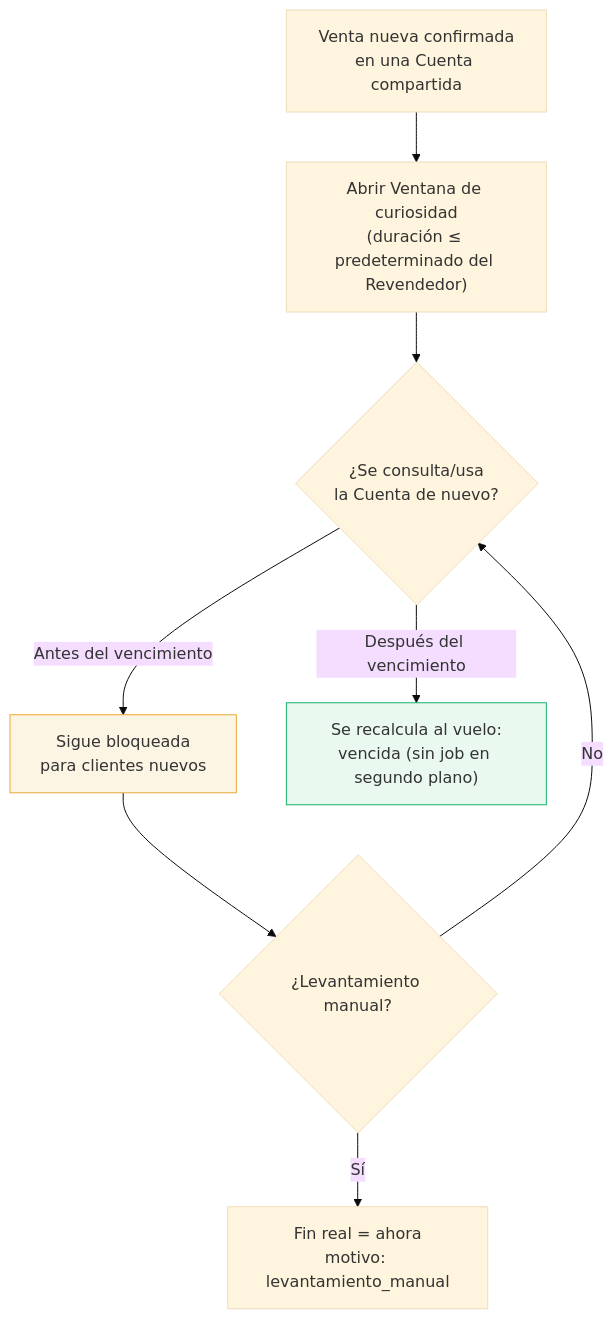
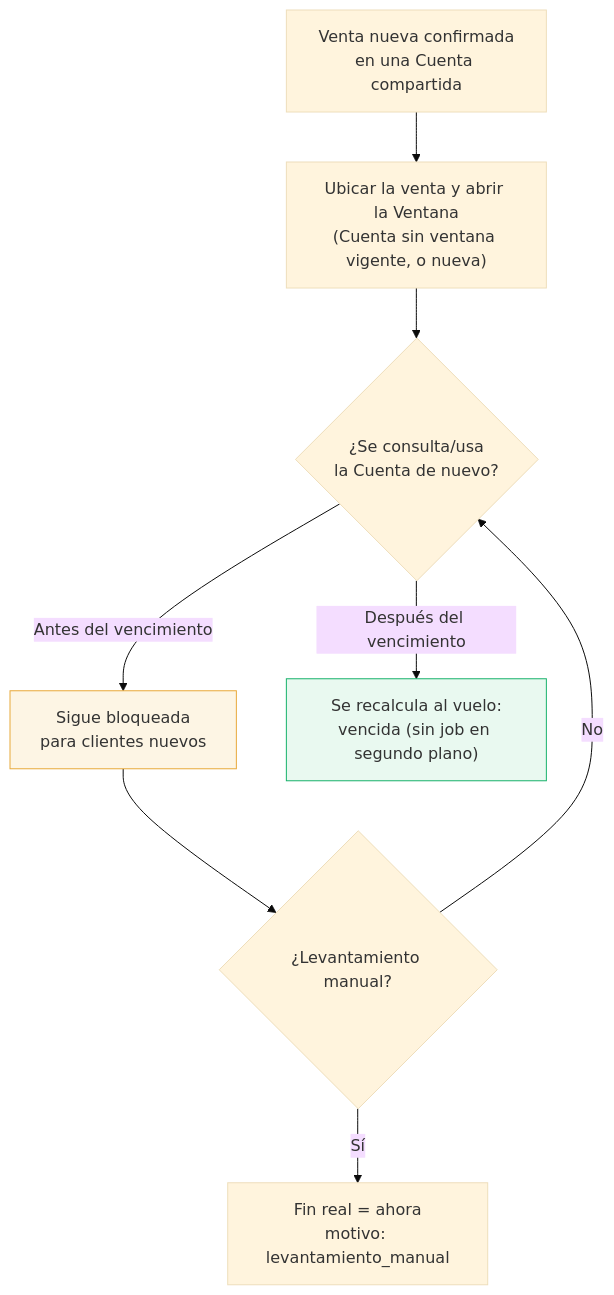
Before and after one commit to Leonel-18/iptvcontrol: the diagram in vault/10 - Negocio/Ventana de curiosidad.md, drawn with Mermaid (base theme). The commit also changed other lines of this file and 12 other files, not shown here.

````diff
--- a/vault/10 - Negocio/Ventana de curiosidad.md
+++ b/vault/10 - Negocio/Ventana de curiosidad.md
@@ -31,15 +31,15 @@
 ```mermaid
 flowchart TD
-    A["Venta nueva confirmada<br/>en una Cuenta compartida"] --> B["Abrir Ventana de curiosidad<br/>(duración ≤ predeterminado del Revendedor)"]
+    A["Venta nueva confirmada<br/>en una Cuenta compartida"] --> B["Ubicar la venta y abrir la Ventana<br/>(Cuenta sin ventana vigente, o nueva)"]
     B --> C{"¿Se consulta/usa<br/>la Cuenta de nuevo?"}
     C -->|"Antes del vencimiento"| D["Sigue bloqueada<br/>para clientes nuevos"]
     C -->|"Después del vencimiento"| E["Se recalcula al vuelo:<br/>vencida (sin job en segundo plano)"]
     D --> F{"¿Levantamiento manual?"}
     F -->|"Sí"| G["Fin real = ahora<br/>motivo: levantamiento_manual"]
     F -->|"No"| C
 
     classDef ok fill:#E9F9F0,stroke:#17B26A
     classDef alerta fill:#FDF5E4,stroke:#E8A93A
     class E ok
     class D alerta
 ```
````
